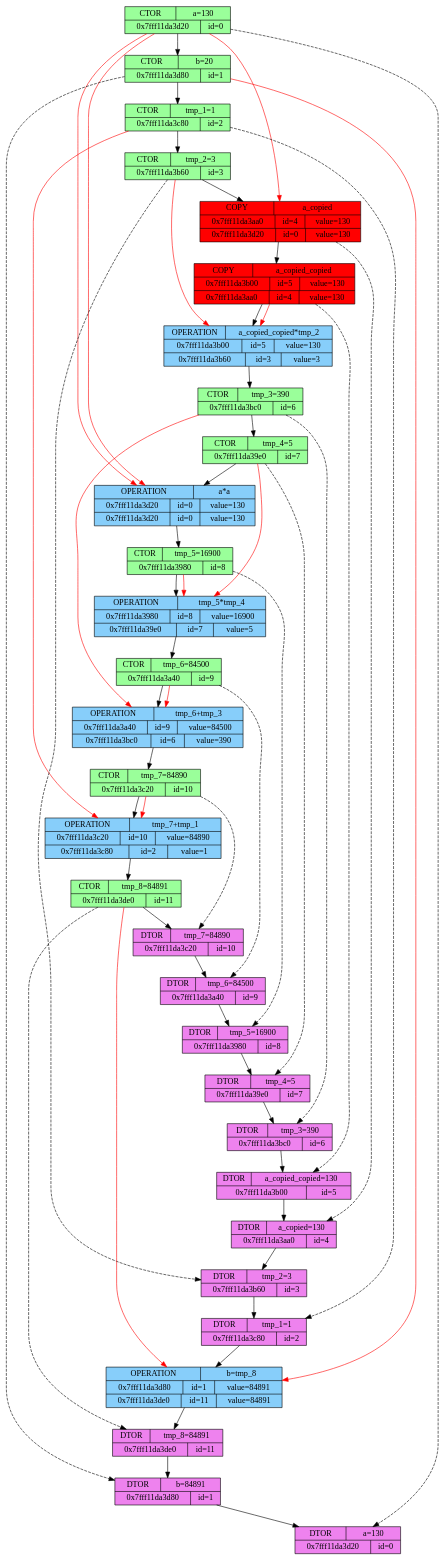
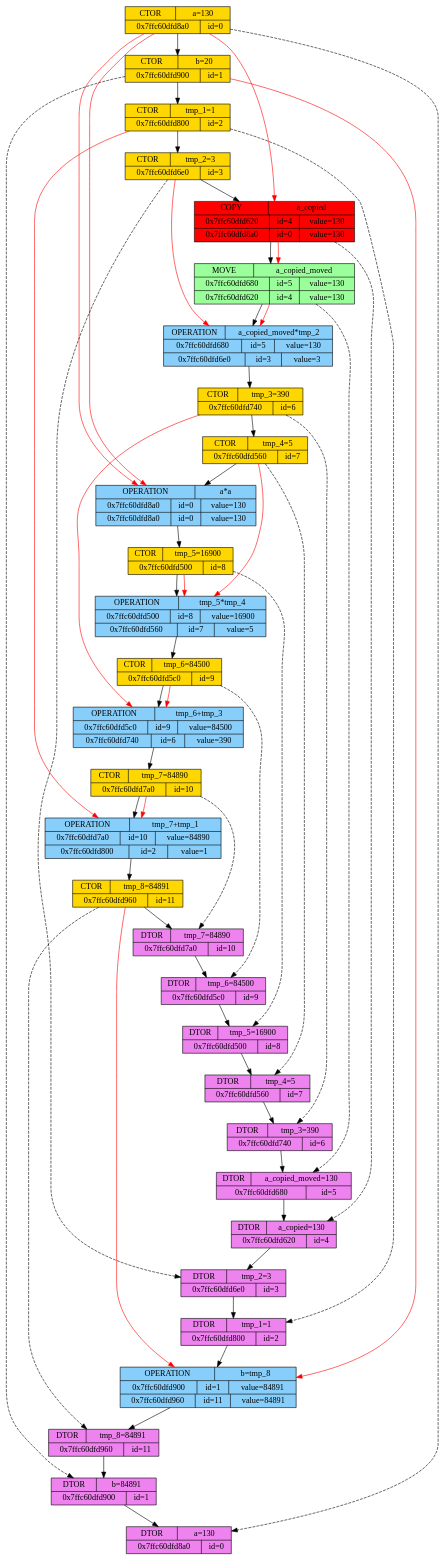
Before and after one commit to x-ENIAC/MIPT_projects_4_sem: the diagram in Dumping_int/new.dot, drawn with Graphviz. The commit also changed 19 other files, not shown here.

```diff
--- a/Dumping_int/new.dot
+++ b/Dumping_int/new.dot
@@ -1,86 +1,87 @@
 digraph graphname {
-	node0CTOR [shape="record", style="filled", fillcolor="palegreen1", label="{{CTOR | a=130}|{0x7fff11da3d20 | id=0}}"]
-	node1CTOR [shape="record", style="filled", fillcolor="palegreen1", label="{{CTOR | b=20}|{0x7fff11da3d80 | id=1}}"]
+	node0CTOR [shape="record", style="filled", fillcolor="gold", label="{{CTOR | a=130}|{0x7ffc60dfd8a0 | id=0}}"]
+	node1CTOR [shape="record", style="filled", fillcolor="gold", label="{{CTOR | b=20}|{0x7ffc60dfd900 | id=1}}"]
 	node0CTOR -> node1CTOR
-	node2CTOR [shape="record", style="filled", fillcolor="palegreen1", label="{{CTOR | tmp_1=1}|{0x7fff11da3c80 | id=2}}"]
+	node2CTOR [shape="record", style="filled", fillcolor="gold", label="{{CTOR | tmp_1=1}|{0x7ffc60dfd800 | id=2}}"]
 	node1CTOR -> node2CTOR
-	node3CTOR [shape="record", style="filled", fillcolor="palegreen1", label="{{CTOR | tmp_2=3}|{0x7fff11da3b60 | id=3}}"]
+	node3CTOR [shape="record", style="filled", fillcolor="gold", label="{{CTOR | tmp_2=3}|{0x7ffc60dfd6e0 | id=3}}"]
 	node2CTOR -> node3CTOR
-	node4COPY  [shape="record", style="filled", fillcolor="red" label="{{COPY | a_copied}|{0x7fff11da3aa0 | id=4 | value=130}|{0x7fff11da3d20 | id=0 | value=130}}"]
+	node4COPY  [shape="record", style="filled", fillcolor="red" label="{{COPY | a_copied}|{0x7ffc60dfd620 | id=4 | value=130}|{0x7ffc60dfd8a0 | id=0 | value=130}}"]
 	node3CTOR -> node4COPY
 	node0CTOR -> node4COPY[color="red"]
-	node5COPY  [shape="record", style="filled", fillcolor="red" label="{{COPY | a_copied_copied}|{0x7fff11da3b00 | id=5 | value=130}|{0x7fff11da3aa0 | id=4 | value=130}}"]
-	node4COPY -> node5COPY
-	node5OPERATION3 [shape="record", style="filled", fillcolor="lightskyblue", label="{{OPERATION | a_copied_copied*tmp_2}|{0x7fff11da3b00 | id=5 | value=130}|{0x7fff11da3b60 | id=3 | value=3}}"]
-	node5COPY -> node5OPERATION3
-	node5COPY -> node5OPERATION3[color="red"]
+	node5MOVE  [shape="record", style="filled", fillcolor="palegreen1" label="{{MOVE | a_copied_moved}|{0x7ffc60dfd680 | id=5 | value=130}|{0x7ffc60dfd620 | id=4 | value=130}}"]
+	node4COPY -> node5MOVE
+	node4COPY -> node5MOVE[color="red"]
+	node5OPERATION3 [shape="record", style="filled", fillcolor="lightskyblue", label="{{OPERATION | a_copied_moved*tmp_2}|{0x7ffc60dfd680 | id=5 | value=130}|{0x7ffc60dfd6e0 | id=3 | value=3}}"]
+	node5MOVE -> node5OPERATION3
+	node5MOVE -> node5OPERATION3[color="red"]
 	node3CTOR -> node5OPERATION3[color="red"]
-	node6CTOR [shape="record", style="filled", fillcolor="palegreen1", label="{{CTOR | tmp_3=390}|{0x7fff11da3bc0 | id=6}}"]
+	node6CTOR [shape="record", style="filled", fillcolor="gold", label="{{CTOR | tmp_3=390}|{0x7ffc60dfd740 | id=6}}"]
 	node5OPERATION3 -> node6CTOR
-	node7CTOR [shape="record", style="filled", fillcolor="palegreen1", label="{{CTOR | tmp_4=5}|{0x7fff11da39e0 | id=7}}"]
+	node7CTOR [shape="record", style="filled", fillcolor="gold", label="{{CTOR | tmp_4=5}|{0x7ffc60dfd560 | id=7}}"]
 	node6CTOR -> node7CTOR
-	node0OPERATION0 [shape="record", style="filled", fillcolor="lightskyblue", label="{{OPERATION | a*a}|{0x7fff11da3d20 | id=0 | value=130}|{0x7fff11da3d20 | id=0 | value=130}}"]
+	node0OPERATION0 [shape="record", style="filled", fillcolor="lightskyblue", label="{{OPERATION | a*a}|{0x7ffc60dfd8a0 | id=0 | value=130}|{0x7ffc60dfd8a0 | id=0 | value=130}}"]
 	node7CTOR -> node0OPERATION0
 	node0CTOR -> node0OPERATION0[color="red"]
 	node0CTOR -> node0OPERATION0[color="red"]
-	node8CTOR [shape="record", style="filled", fillcolor="palegreen1", label="{{CTOR | tmp_5=16900}|{0x7fff11da3980 | id=8}}"]
+	node8CTOR [shape="record", style="filled", fillcolor="gold", label="{{CTOR | tmp_5=16900}|{0x7ffc60dfd500 | id=8}}"]
 	node0OPERATION0 -> node8CTOR
-	node8OPERATION7 [shape="record", style="filled", fillcolor="lightskyblue", label="{{OPERATION | tmp_5*tmp_4}|{0x7fff11da3980 | id=8 | value=16900}|{0x7fff11da39e0 | id=7 | value=5}}"]
+	node8OPERATION7 [shape="record", style="filled", fillcolor="lightskyblue", label="{{OPERATION | tmp_5*tmp_4}|{0x7ffc60dfd500 | id=8 | value=16900}|{0x7ffc60dfd560 | id=7 | value=5}}"]
 	node8CTOR -> node8OPERATION7
 	node8CTOR -> node8OPERATION7[color="red"]
 	node7CTOR -> node8OPERATION7[color="red"]
-	node9CTOR [shape="record", style="filled", fillcolor="palegreen1", label="{{CTOR | tmp_6=84500}|{0x7fff11da3a40 | id=9}}"]
+	node9CTOR [shape="record", style="filled", fillcolor="gold", label="{{CTOR | tmp_6=84500}|{0x7ffc60dfd5c0 | id=9}}"]
 	node8OPERATION7 -> node9CTOR
-	node9OPERATION6 [shape="record", style="filled", fillcolor="lightskyblue", label="{{OPERATION | tmp_6+tmp_3}|{0x7fff11da3a40 | id=9 | value=84500}|{0x7fff11da3bc0 | id=6 | value=390}}"]
+	node9OPERATION6 [shape="record", style="filled", fillcolor="lightskyblue", label="{{OPERATION | tmp_6+tmp_3}|{0x7ffc60dfd5c0 | id=9 | value=84500}|{0x7ffc60dfd740 | id=6 | value=390}}"]
 	node9CTOR -> node9OPERATION6
 	node9CTOR -> node9OPERATION6[color="red"]
 	node6CTOR -> node9OPERATION6[color="red"]
-	node10CTOR [shape="record", style="filled", fillcolor="palegreen1", label="{{CTOR | tmp_7=84890}|{0x7fff11da3c20 | id=10}}"]
+	node10CTOR [shape="record", style="filled", fillcolor="gold", label="{{CTOR | tmp_7=84890}|{0x7ffc60dfd7a0 | id=10}}"]
 	node9OPERATION6 -> node10CTOR
-	node10OPERATION2 [shape="record", style="filled", fillcolor="lightskyblue", label="{{OPERATION | tmp_7+tmp_1}|{0x7fff11da3c20 | id=10 | value=84890}|{0x7fff11da3c80 | id=2 | value=1}}"]
+	node10OPERATION2 [shape="record", style="filled", fillcolor="lightskyblue", label="{{OPERATION | tmp_7+tmp_1}|{0x7ffc60dfd7a0 | id=10 | value=84890}|{0x7ffc60dfd800 | id=2 | value=1}}"]
 	node10CTOR -> node10OPERATION2
 	node10CTOR -> node10OPERATION2[color="red"]
 	node2CTOR -> node10OPERATION2[color="red"]
-	node11CTOR [shape="record", style="filled", fillcolor="palegreen1", label="{{CTOR | tmp_8=84891}|{0x7fff11da3de0 | id=11}}"]
+	node11CTOR [shape="record", style="filled", fillcolor="gold", label="{{CTOR | tmp_8=84891}|{0x7ffc60dfd960 | id=11}}"]
 	node10OPERATION2 -> node11CTOR
-	node10DTOR [shape="record", style="filled", fillcolor="violet", label="{{DTOR | tmp_7=84890}|{0x7fff11da3c20 | id=10}}"]
+	node10DTOR [shape="record", style="filled", fillcolor="violet", label="{{DTOR | tmp_7=84890}|{0x7ffc60dfd7a0 | id=10}}"]
 	node11CTOR -> node10DTOR
 	node10CTOR -> node10DTOR[style="dashed"]
-	node9DTOR [shape="record", style="filled", fillcolor="violet", label="{{DTOR | tmp_6=84500}|{0x7fff11da3a40 | id=9}}"]
+	node9DTOR [shape="record", style="filled", fillcolor="violet", label="{{DTOR | tmp_6=84500}|{0x7ffc60dfd5c0 | id=9}}"]
 	node10DTOR -> node9DTOR
 	node9CTOR -> node9DTOR[style="dashed"]
-	node8DTOR [shape="record", style="filled", fillcolor="violet", label="{{DTOR | tmp_5=16900}|{0x7fff11da3980 | id=8}}"]
+	node8DTOR [shape="record", style="filled", fillcolor="violet", label="{{DTOR | tmp_5=16900}|{0x7ffc60dfd500 | id=8}}"]
 	node9DTOR -> node8DTOR
 	node8CTOR -> node8DTOR[style="dashed"]
-	node7DTOR [shape="record", style="filled", fillcolor="violet", label="{{DTOR | tmp_4=5}|{0x7fff11da39e0 | id=7}}"]
+	node7DTOR [shape="record", style="filled", fillcolor="violet", label="{{DTOR | tmp_4=5}|{0x7ffc60dfd560 | id=7}}"]
 	node8DTOR -> node7DTOR
 	node7CTOR -> node7DTOR[style="dashed"]
-	node6DTOR [shape="record", style="filled", fillcolor="violet", label="{{DTOR | tmp_3=390}|{0x7fff11da3bc0 | id=6}}"]
+	node6DTOR [shape="record", style="filled", fillcolor="violet", label="{{DTOR | tmp_3=390}|{0x7ffc60dfd740 | id=6}}"]
 	node7DTOR -> node6DTOR
 	node6CTOR -> node6DTOR[style="dashed"]
-	node5DTOR [shape="record", style="filled", fillcolor="violet", label="{{DTOR | a_copied_copied=130}|{0x7fff11da3b00 | id=5}}"]
+	node5DTOR [shape="record", style="filled", fillcolor="violet", label="{{DTOR | a_copied_moved=130}|{0x7ffc60dfd680 | id=5}}"]
 	node6DTOR -> node5DTOR
-	node5COPY -> node5DTOR[style="dashed"]
-	node4DTOR [shape="record", style="filled", fillcolor="violet", label="{{DTOR | a_copied=130}|{0x7fff11da3aa0 | id=4}}"]
+	node5MOVE -> node5DTOR[style="dashed"]
+	node4DTOR [shape="record", style="filled", fillcolor="violet", label="{{DTOR | a_copied=130}|{0x7ffc60dfd620 | id=4}}"]
 	node5DTOR -> node4DTOR
 	node4COPY -> node4DTOR[style="dashed"]
-	node3DTOR [shape="record", style="filled", fillcolor="violet", label="{{DTOR | tmp_2=3}|{0x7fff11da3b60 | id=3}}"]
+	node3DTOR [shape="record", style="filled", fillcolor="violet", label="{{DTOR | tmp_2=3}|{0x7ffc60dfd6e0 | id=3}}"]
 	node4DTOR -> node3DTOR
 	node3CTOR -> node3DTOR[style="dashed"]
-	node2DTOR [shape="record", style="filled", fillcolor="violet", label="{{DTOR | tmp_1=1}|{0x7fff11da3c80 | id=2}}"]
+	node2DTOR [shape="record", style="filled", fillcolor="violet", label="{{DTOR | tmp_1=1}|{0x7ffc60dfd800 | id=2}}"]
 	node3DTOR -> node2DTOR
 	node2CTOR -> node2DTOR[style="dashed"]
-	node1OPERATION11 [shape="record", style="filled", fillcolor="lightskyblue", label="{{OPERATION | b=tmp_8}|{0x7fff11da3d80 | id=1 | value=84891}|{0x7fff11da3de0 | id=11 | value=84891}}"]
+	node1OPERATION11 [shape="record", style="filled", fillcolor="lightskyblue", label="{{OPERATION | b=tmp_8}|{0x7ffc60dfd900 | id=1 | value=84891}|{0x7ffc60dfd960 | id=11 | value=84891}}"]
 	node2DTOR -> node1OPERATION11
 	node1CTOR -> node1OPERATION11[color="red"]
 	node11CTOR -> node1OPERATION11[color="red"]
-	node11DTOR [shape="record", style="filled", fillcolor="violet", label="{{DTOR | tmp_8=84891}|{0x7fff11da3de0 | id=11}}"]
+	node11DTOR [shape="record", style="filled", fillcolor="violet", label="{{DTOR | tmp_8=84891}|{0x7ffc60dfd960 | id=11}}"]
 	node1OPERATION11 -> node11DTOR
 	node11CTOR -> node11DTOR[style="dashed"]
-	node1DTOR [shape="record", style="filled", fillcolor="violet", label="{{DTOR | b=84891}|{0x7fff11da3d80 | id=1}}"]
+	node1DTOR [shape="record", style="filled", fillcolor="violet", label="{{DTOR | b=84891}|{0x7ffc60dfd900 | id=1}}"]
 	node11DTOR -> node1DTOR
 	node1CTOR -> node1DTOR[style="dashed"]
-	node0DTOR [shape="record", style="filled", fillcolor="violet", label="{{DTOR | a=130}|{0x7fff11da3d20 | id=0}}"]
+	node0DTOR [shape="record", style="filled", fillcolor="violet", label="{{DTOR | a=130}|{0x7ffc60dfd8a0 | id=0}}"]
 	node1DTOR -> node0DTOR
 	node0CTOR -> node0DTOR[style="dashed"]
 }
```
